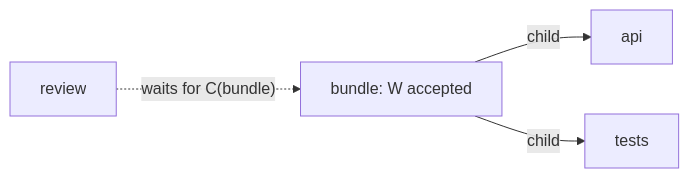
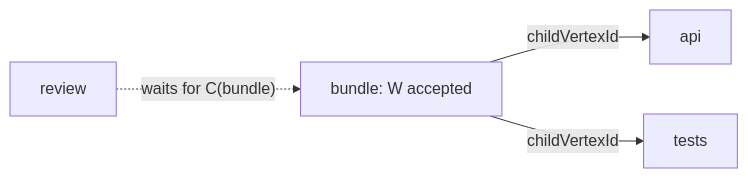
Before and after one commit to dany-fedorov/configurable-tree-traversal: the diagram in docs/agent-workflows.md, drawn with Mermaid. The commit also changed other lines of this file and 456 other files, not shown here.

````diff
--- a/docs/agent-workflows.md
+++ b/docs/agent-workflows.md
@@ -131,6 +131,6 @@
 ```mermaid
 flowchart LR
-  B["bundle: W accepted"] -->|child| A[api]
-  B -->|child| T[tests]
+  B["bundle: W accepted"] -->|childVertexId| A[api]
+  B -->|childVertexId| T[tests]
   R[review] -. "waits for C(bundle)" .-> B
 ```
````
